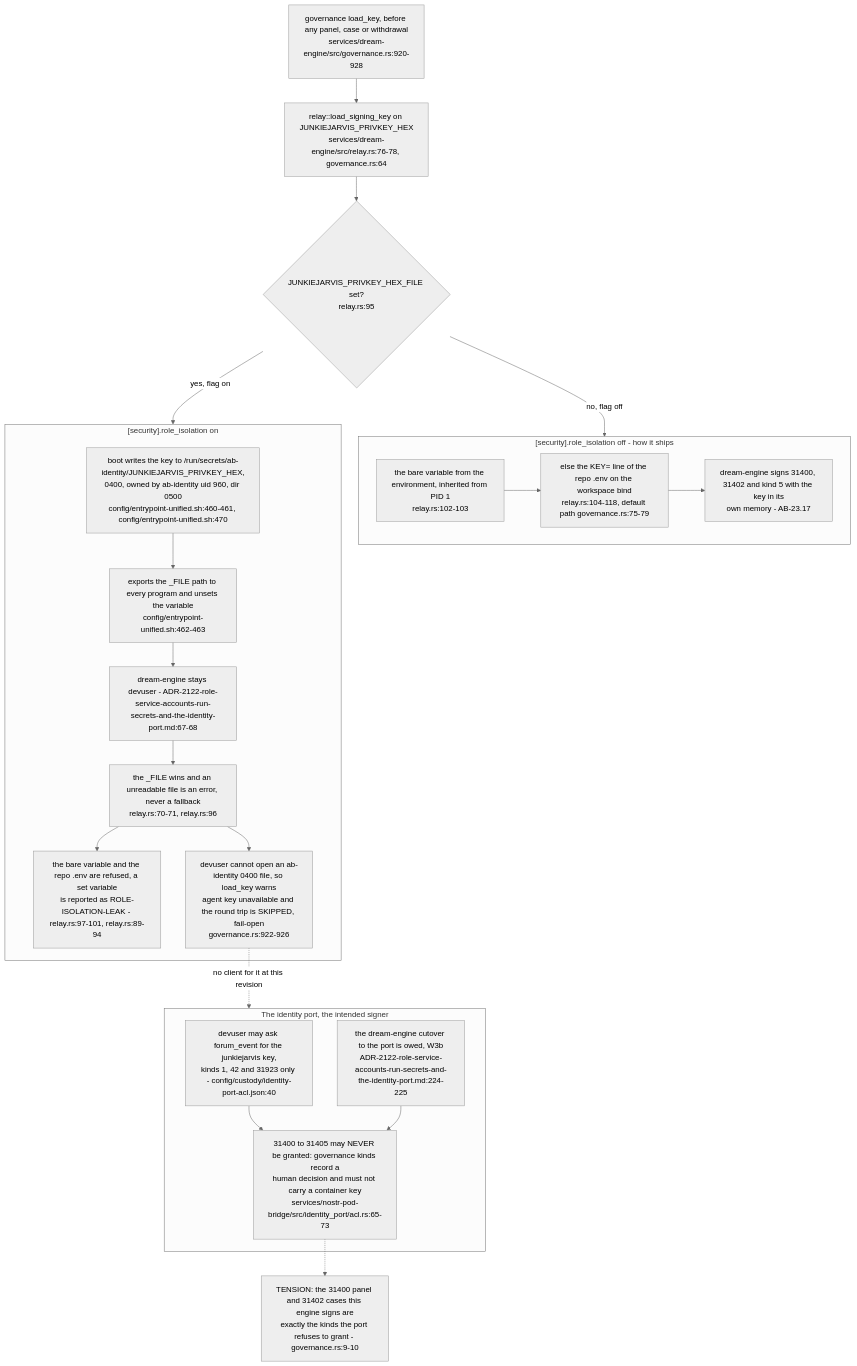
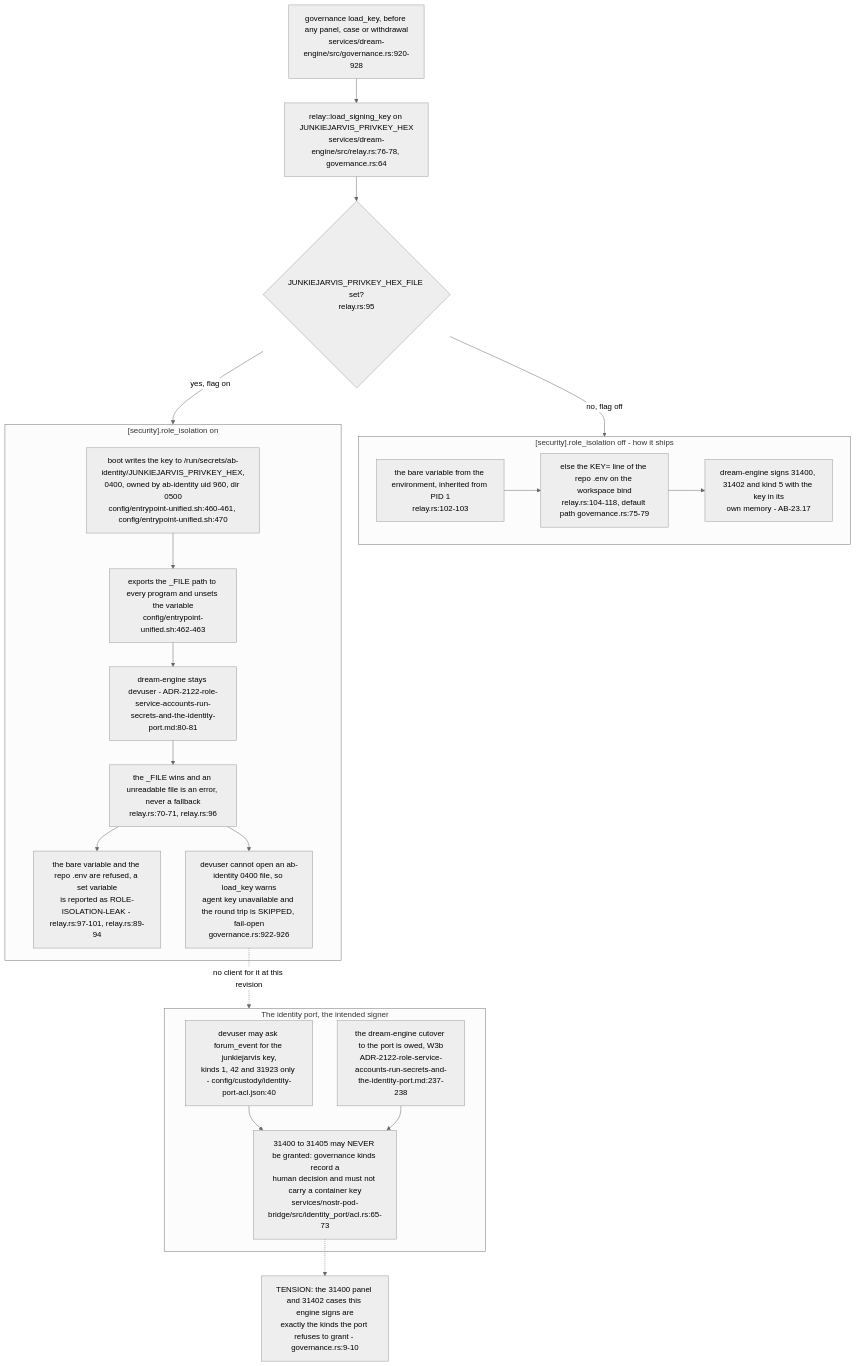
One commit to DreamLab-AI/VisionFlow changed diagram 20 of 22 in docs/diagrams/agentbox/23-dream-engine.md. Above: the diagram before and after it, drawn with Mermaid (neutral theme). The commit also changed other lines of this file and 145 other files, not shown here.

````diff
--- a/docs/diagrams/agentbox/23-dream-engine.md
+++ b/docs/diagrams/agentbox/23-dream-engine.md
@@ -1007,34 +1009,34 @@
 ```mermaid
 flowchart TB
     GOVN["governance load_key, before any panel, case or withdrawal<br/>services/dream-engine/src/governance.rs:920-928"]
     LSK["relay::load_signing_key on JUNKIEJARVIS_PRIVKEY_HEX<br/>services/dream-engine/src/relay.rs:76-78, governance.rs:64"]
     FV{"JUNKIEJARVIS_PRIVKEY_HEX_FILE set?<br/>relay.rs:95"}
     GOVN --> LSK --> FV
     subgraph off["[security].role_isolation off - how it ships"]
         O1["the bare variable from the environment, inherited from PID 1<br/>relay.rs:102-103"]
         O2["else the KEY= line of the repo .env on the workspace bind<br/>relay.rs:104-118, default path governance.rs:75-79"]
         O3["dream-engine signs 31400, 31402 and kind 5 with the key in its<br/>own memory - AB-23.17"]
         O1 --> O2 --> O3
     end
     subgraph on["[security].role_isolation on"]
         E1["boot writes the key to /run/secrets/ab-identity/JUNKIEJARVIS_PRIVKEY_HEX,<br/>0400, owned by ab-identity uid 960, dir 0500<br/>config/entrypoint-unified.sh:460-461, config/entrypoint-unified.sh:470"]
         E2["exports the _FILE path to every program and unsets the variable<br/>config/entrypoint-unified.sh:462-463"]
-        E3["dream-engine stays devuser - ADR-2122-role-service-accounts-run-secrets-and-the-identity-port.md:67-68"]
+        E3["dream-engine stays devuser - ADR-2122-role-service-accounts-run-secrets-and-the-identity-port.md:80-81"]
         E4["the _FILE wins and an unreadable file is an error, never a fallback<br/>relay.rs:70-71, relay.rs:96"]
         E5["the bare variable and the repo .env are refused, a set variable<br/>is reported as ROLE-ISOLATION-LEAK - relay.rs:97-101, relay.rs:89-94"]
         E6["devuser cannot open an ab-identity 0400 file, so load_key warns<br/>agent key unavailable and the round trip is SKIPPED, fail-open<br/>governance.rs:922-926"]
         E1 --> E2 --> E3 --> E4 --> E6
         E4 --> E5
     end
     FV -->|"no, flag off"| off
     FV -->|"yes, flag on"| on
     subgraph port["The identity port, the intended signer"]
         P1["devuser may ask forum_event for the junkiejarvis key,<br/>kinds 1, 42 and 31923 only - config/custody/identity-port-acl.json:40"]
         P2["31400 to 31405 may NEVER be granted: governance kinds record a<br/>human decision and must not carry a container key<br/>services/nostr-pod-bridge/src/identity_port/acl.rs:65-73"]
-        P3["the dream-engine cutover to the port is owed, W3b<br/>ADR-2122-role-service-accounts-run-secrets-and-the-identity-port.md:224-225"]
+        P3["the dream-engine cutover to the port is owed, W3b<br/>ADR-2122-role-service-accounts-run-secrets-and-the-identity-port.md:237-238"]
         P1 --> P2
         P3 --> P2
     end
     E6 -.->|"no client for it at this revision"| port
     P2 -.-> T["TENSION: the 31400 panel and 31402 cases this engine signs are<br/>exactly the kinds the port refuses to grant - governance.rs:9-10"]
 ```
````
